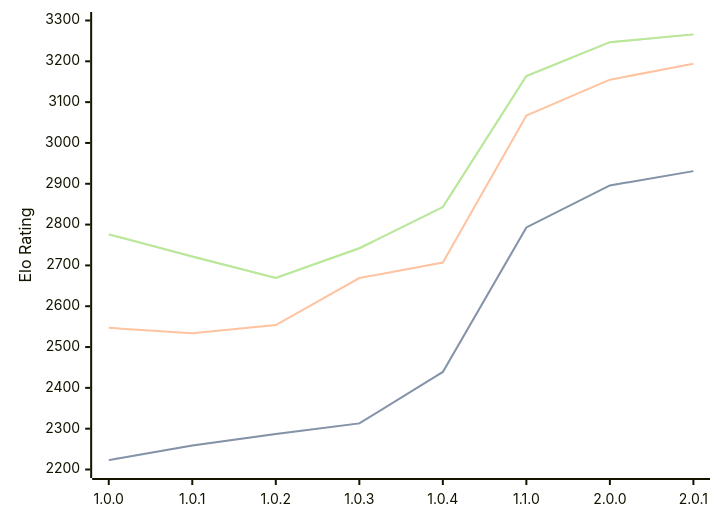
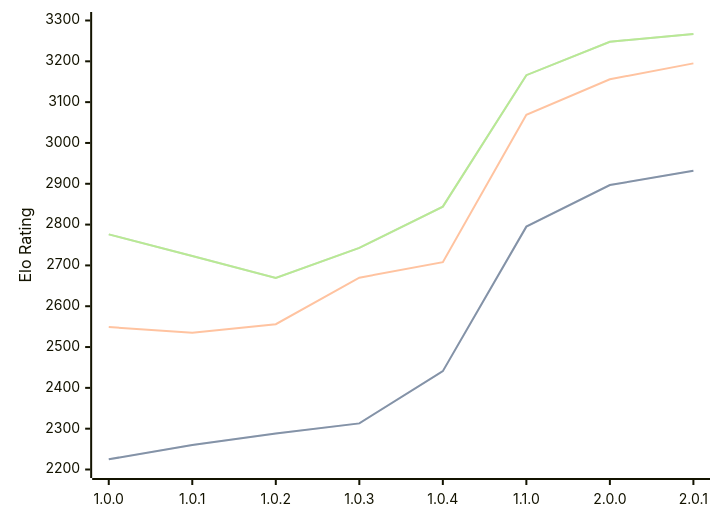
Before and after one commit to computer-chess-index/cci: the diagram in engines/Grail.md, drawn with Mermaid. The commit also changed other lines of this file, not shown here.

Commit message:
Update CCI Ratings (ELO VLTC) - 2026-08-15

````diff
--- a/engines/Grail.md
+++ b/engines/Grail.md
@@ -38,11 +38,11 @@
 ```mermaid
 %%{init: {"theme":"base","themeVariables":{"seriesColors:['#a3a3a3','#222221','#faa371']}}}%%
 xychart-beta
   x-axis ["1.0.0", "1.0.1", "1.0.2", "1.0.3", "1.0.4", "1.1.0", "2.0.0", "2.0.1"]
   y-axis "Elo Rating" 2200 --> 3300
-  line "STC (8.0+0.08s)" [2223, 2259, 2287, 2313, 2439, 2793, 2896, 2931]
-  line "STC (8.0+0.08s)" [2223, 2259, 2287, 2313, 2439, 2793, 2896, 2931]
-  line "LTC (60.0+0.60s)" [2547, 2534, 2554, 2669, 2707, 3067, 3155, 3194]
-  line "VLTC (2m24s+1.12s)" [2776, 2722, 2669, 2742, 2843, 3164, 3247, 3266]
-  line "VLTC (2m24s+1.12s)" [2776, 2722, 2669, 2742, 2843, 3164, 3247, 3266]
+  line "STC (8.0+0.08s)" [2225, 2260, 2288, 2313, 2441, 2795, 2897, 2932]
+  line "STC (8.0+0.08s)" [2225, 2260, 2288, 2313, 2441, 2795, 2897, 2932]
+  line "LTC (60.0+0.60s)" [2549, 2535, 2556, 2670, 2708, 3069, 3156, 3195]
+  line "VLTC (2m24s+1.12s)" [2776, 2723, 2669, 2743, 2844, 3166, 3248, 3267]
+  line "VLTC (2m24s+1.12s)" [2776, 2723, 2669, 2743, 2844, 3166, 3248, 3267]
 ```
````
